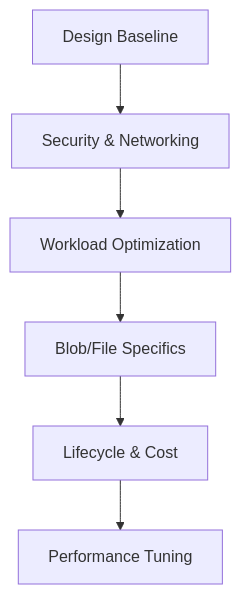
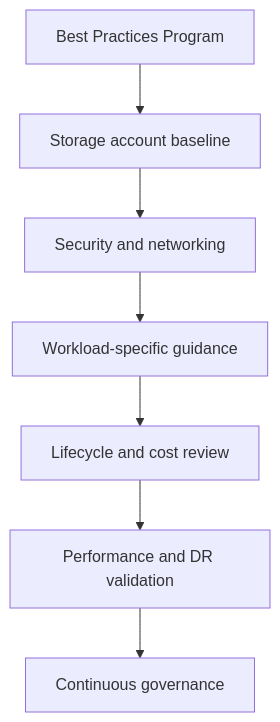
One commit to yeongseon/azure-storage-practical-guide changed the first of 2 diagrams in docs/best-practices/index.md. Above: the diagram before and after it, drawn with Mermaid. The commit also changed other lines of this file and 26 other files, not shown here.

First line of the commit message:
docs: expand best practices, add playbooks and lab guides

````diff
--- a/docs/best-practices/index.md
+++ b/docs/best-practices/index.md
@@ -22,8 +16,9 @@
 ```mermaid
-graph TD
-    A[Design Baseline] --> B[Security & Networking]
-    B --> C[Workload Optimization]
-    C --> D[Blob/File Specifics]
-    D --> E[Lifecycle & Cost]
-    E --> F[Performance Tuning]
+flowchart TD
+    A[Best Practices Program] --> B[Storage account baseline]
+    B --> C[Security and networking]
+    C --> D[Workload-specific guidance]
+    D --> E[Lifecycle and cost review]
+    E --> F[Performance and DR validation]
+    F --> G[Continuous governance]
 ```
````
